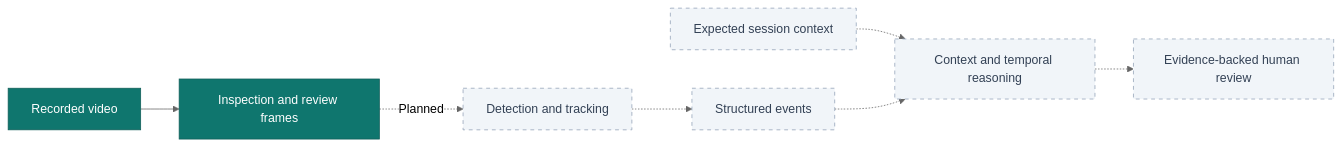
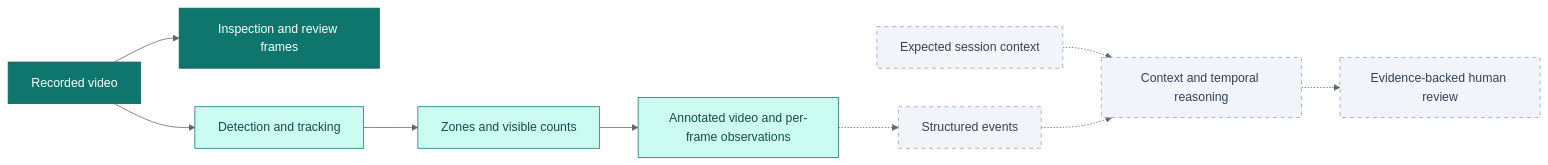
One commit to washam1337/ContextGuard changed the diagram in README.md. Above: the diagram before and after it, drawn with Mermaid (neutral theme). The commit also changed other lines of this file and 10 other files, not shown here.

````diff
--- a/README.md
+++ b/README.md
@@ -112,13 +145,17 @@
 ```mermaid
 flowchart LR
     A[Recorded video] --> B[Inspection and review frames]
-    B -. Planned .-> C[Detection and tracking]
-    C -.-> D[Structured events]
+    A --> C[Detection and tracking]
+    C --> Z[Zones and visible counts]
+    Z --> O[Annotated video and per-frame observations]
+    O -.-> D[Structured events]
     E[Expected session context] -.-> F[Context and temporal reasoning]
     D -.-> F
     F -.-> G[Evidence-backed human review]
     classDef implemented fill:#0f766e,color:#fff,stroke:#115e59
+    classDef partial fill:#ccfbf1,color:#134e4a,stroke:#0f766e
     classDef planned fill:#f1f5f9,color:#334155,stroke:#94a3b8,stroke-dasharray:5 5
     class A,B implemented
-    class C,D,E,F,G planned
+    class C,Z,O partial
+    class D,E,F,G planned
 ```
````
